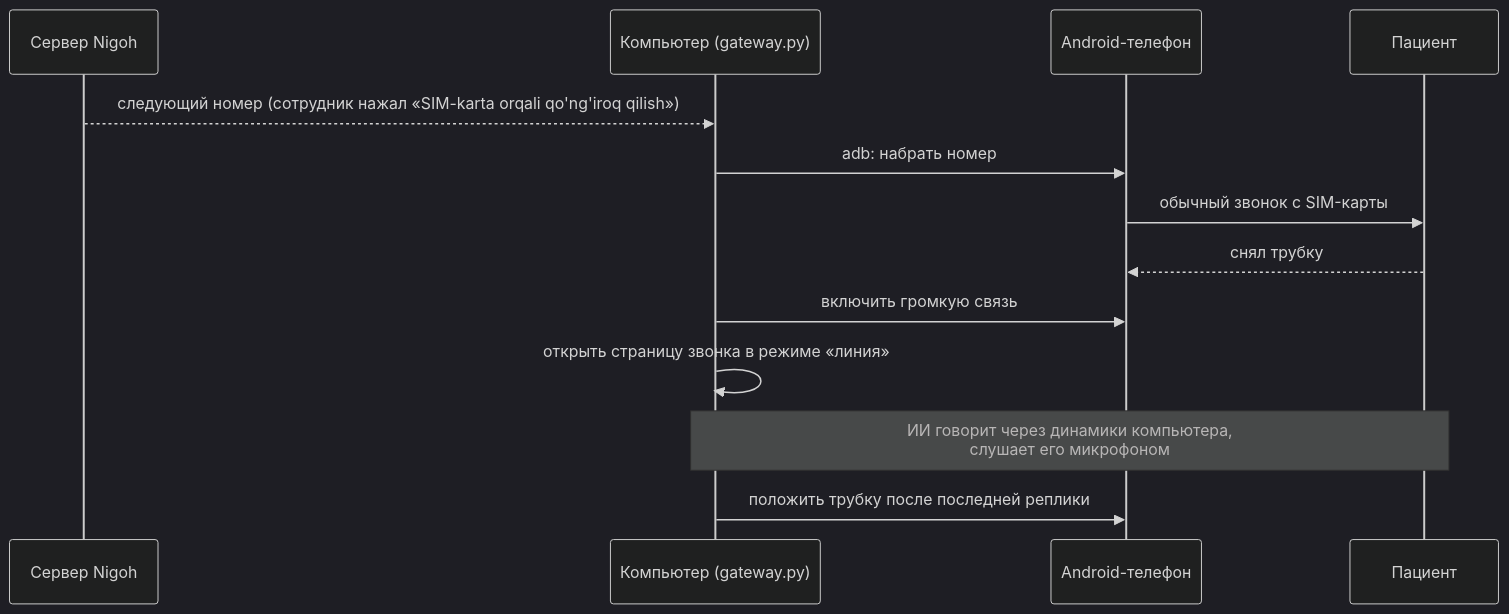
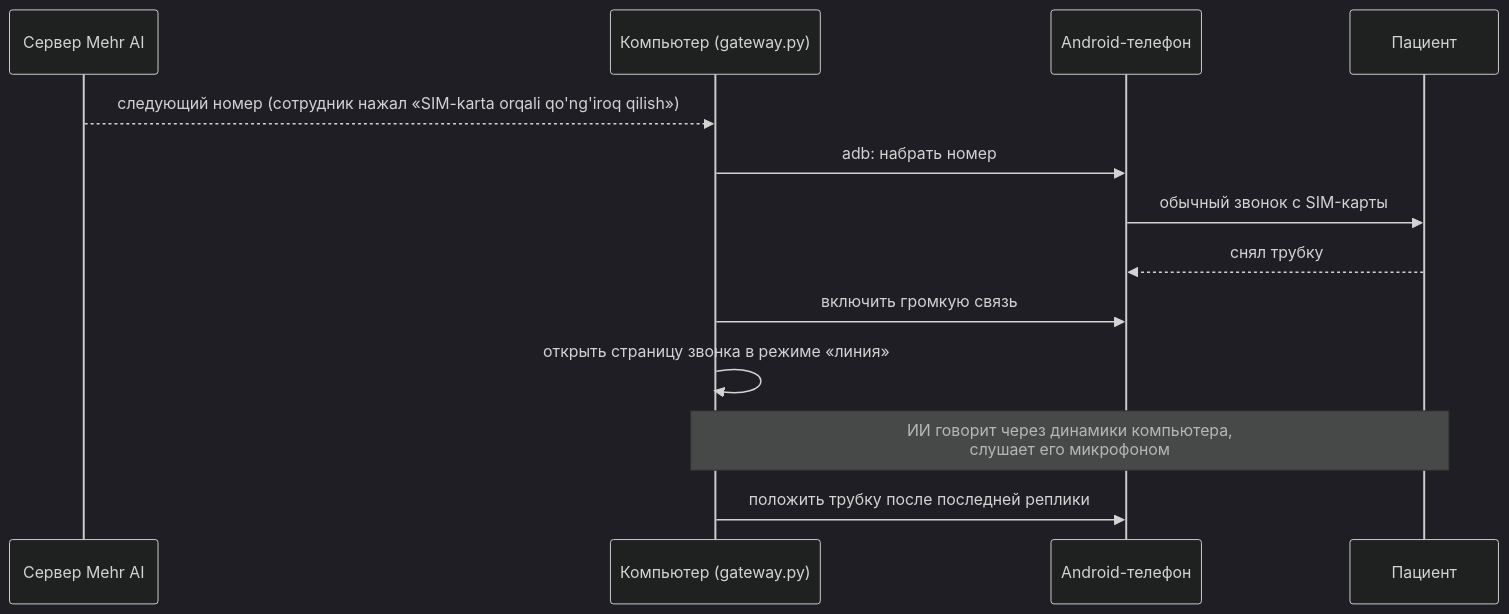
The diagram in gateway/README.md (emilkadelaetsuuur/mehr-ai), drawn with Mermaid (dark theme) before and after one commit. The commit also changed other lines of this file and 18 other files, not shown here.

````diff
--- a/gateway/README.md
+++ b/gateway/README.md
@@ -5,15 +5,15 @@
 ```mermaid
 sequenceDiagram
-  participant S as Сервер Nigoh
+  participant S as Сервер Mehr AI
   participant K as Компьютер (gateway.py)
   participant T as Android-телефон
   participant P as Пациент
   S-->>K: следующий номер (сотрудник нажал «SIM-karta orqali qo'ng'iroq qilish»)
   K->>T: adb: набрать номер
   T->>P: обычный звонок с SIM-карты
   P-->>T: снял трубку
   K->>T: включить громкую связь
   K->>K: открыть страницу звонка в режиме «линия»
   Note over K,P: ИИ говорит через динамики компьютера,<br/>слушает его микрофоном
   K->>T: положить трубку после последней реплики
 ```
````
